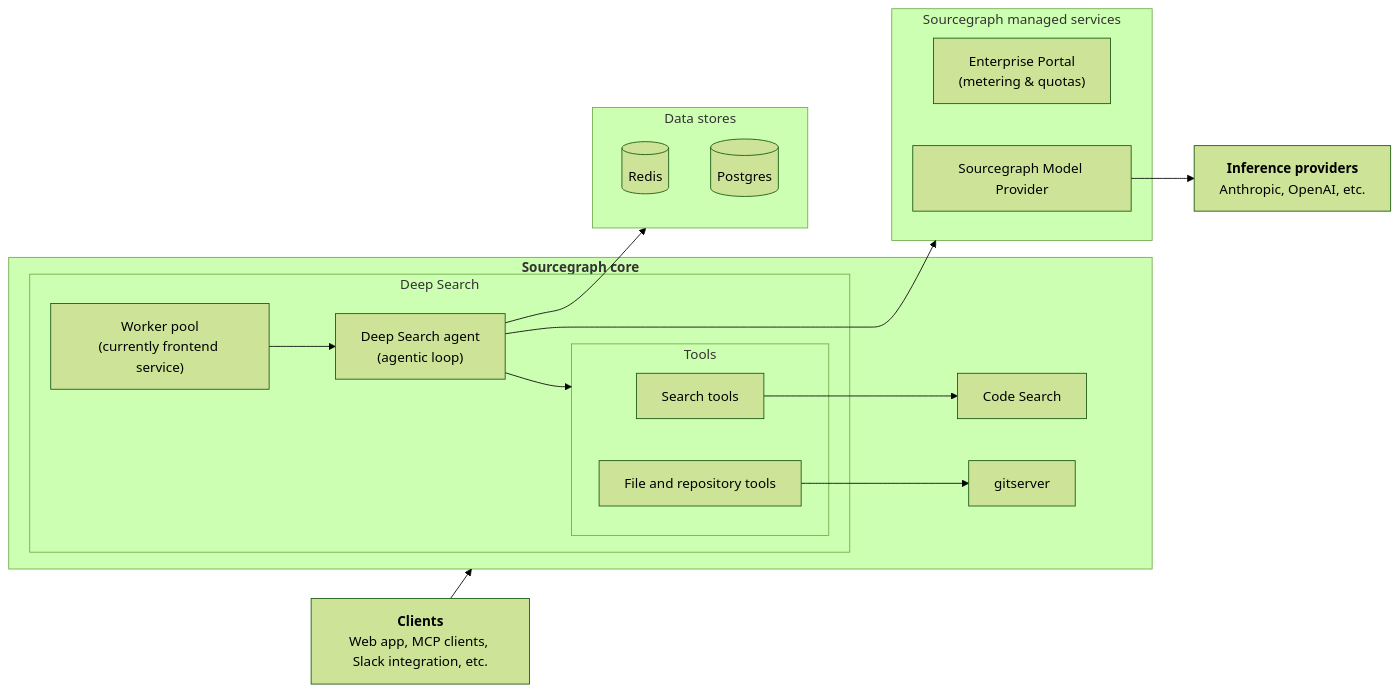
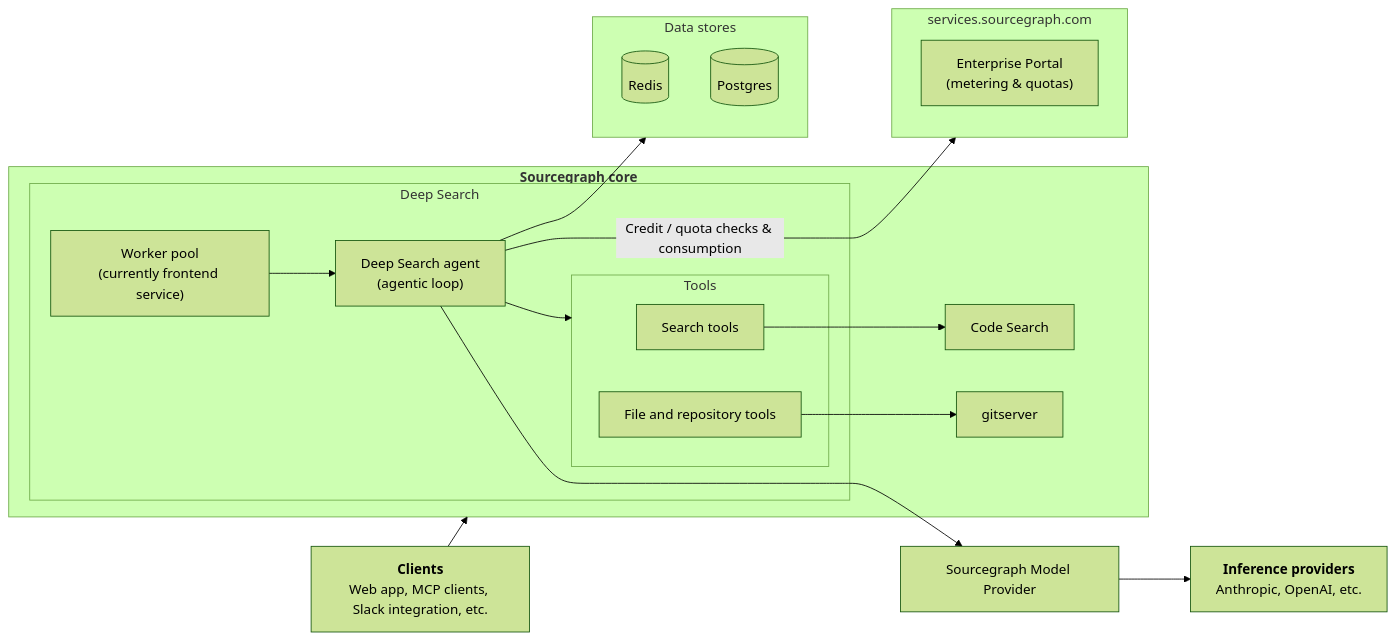
One commit to sourcegraph/docs changed the second of 8 diagrams in docs/admin/architecture.mdx. Above: the diagram before and after it, drawn with Mermaid (forest theme). The commit also changed other lines of this file, not shown here.

First line of the commit message:
docs: clarify managed-service connections in architecture diagrams

````diff
--- a/docs/admin/architecture.mdx
+++ b/docs/admin/architecture.mdx
@@ -147,51 +135,52 @@
 ```mermaid
 flowchart LR
     %% Entry points
     Clients["<b>Clients</b><br/>Web app, MCP clients, Slack integration, etc."]
 
     subgraph Monolith["<b>Sourcegraph core</b>"]
         subgraph DeepSearch["Deep Search"]
             WorkerPool["Worker pool<br/>(currently frontend service)"]
             Agent["Deep Search agent<br/>(agentic loop)"]
 
             subgraph Tools["Tools"]
                 SearchTools["Search tools"]
                 RepoTools["File and repository tools"]
             end
         end
 
         CodeSearch["Code Search"]
         click CodeSearch "#code-search"
 
         Gitserver["gitserver"]
         click Gitserver "#repository-syncing"
     end
 
     subgraph Storage["Data stores"]
         Redis[("Redis")]
         Postgres[("Postgres")]
     end
 
-    subgraph ManagedServices["Sourcegraph&nbsp;managed&nbsp;services"]
+    subgraph ServicesGateway["services.sourcegraph.com"]
         EnterprisePortal["Enterprise Portal<br/>(metering & quotas)"]
         click EnterprisePortal "#enterprise-portal"
+    end
 
-        ModelProvider["Sourcegraph Model Provider"]
-        click ModelProvider "#model-provider"
-    end
+    ModelProvider["Sourcegraph Model Provider"]
+    click ModelProvider "#model-provider"
 
     InferenceProviders["<b>Inference providers</b><br/>Anthropic, OpenAI, etc."]
 
     %% Connections
     Clients --> Monolith
     WorkerPool --> Agent
-    Agent ---> ManagedServices
+    Agent -- "Credit / quota checks & consumption" ---> ServicesGateway
+    Agent ---> ModelProvider
     Agent --> Storage
     Agent --> Tools
 
     SearchTools --> CodeSearch
     RepoTools --> Gitserver
 
 
     ModelProvider --> InferenceProviders
 ```
````
